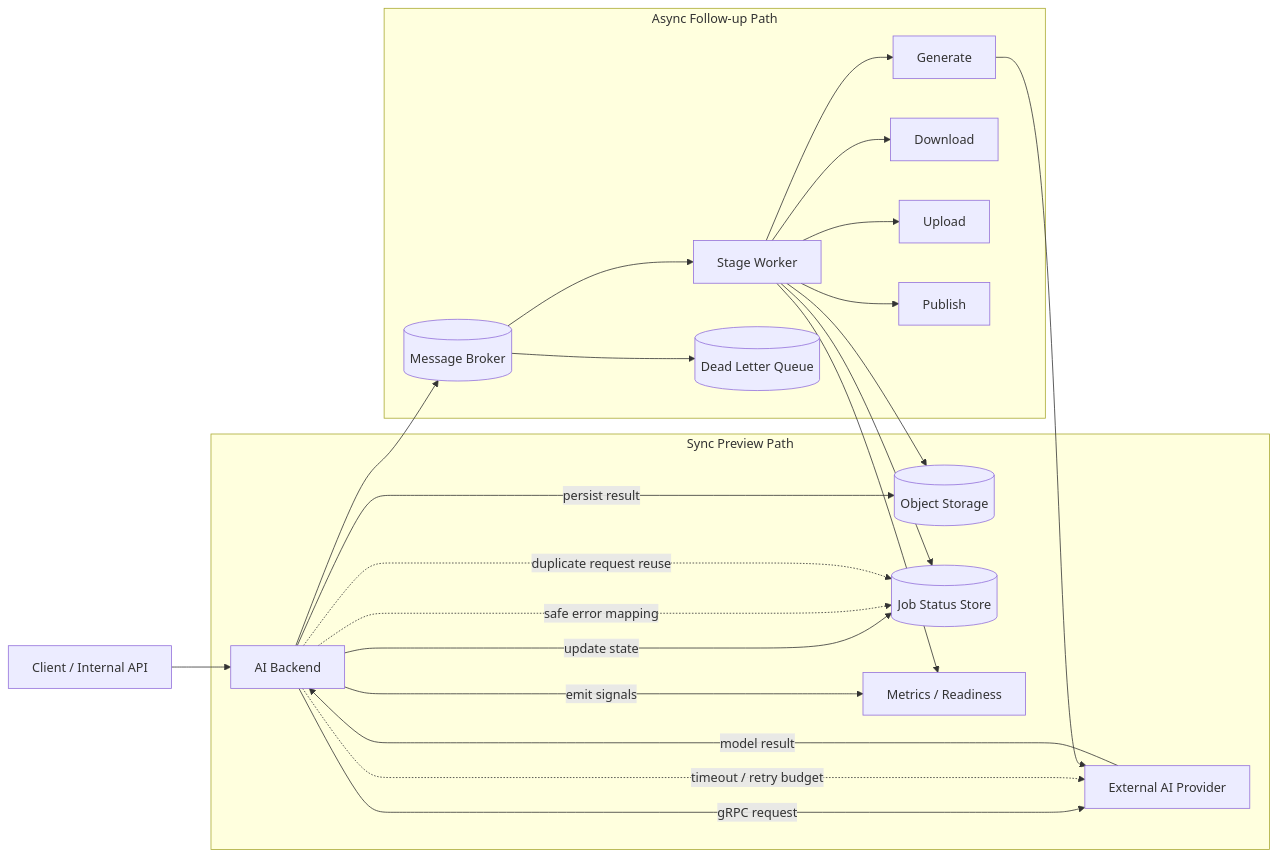
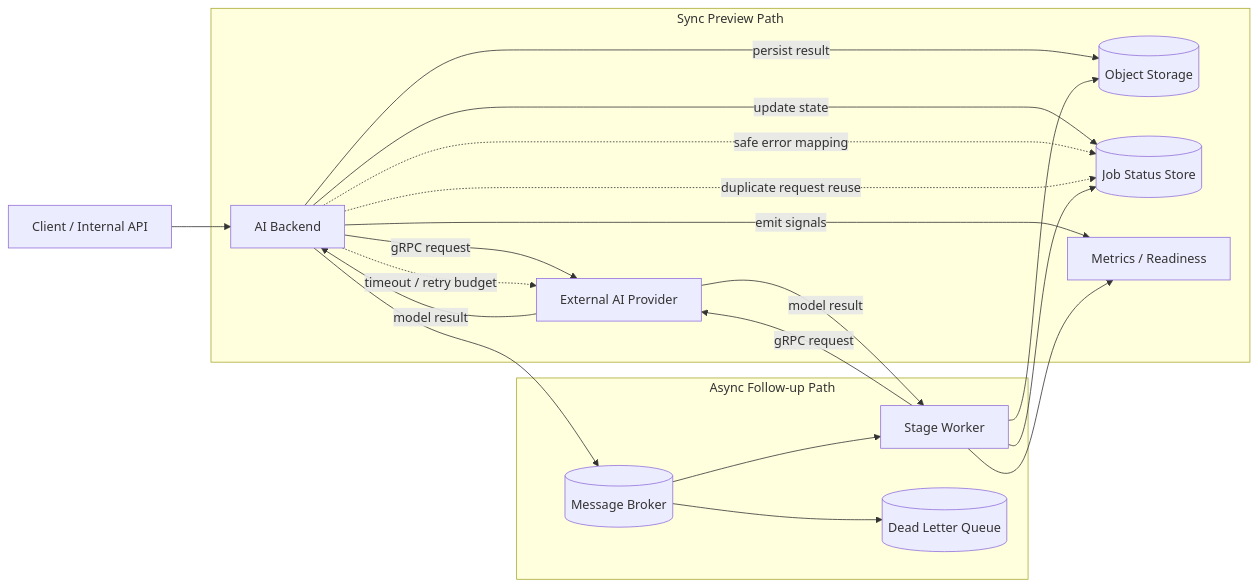
Before and after one commit to bang9ming9/bang9ming9: the diagram in projects/external-ai-model-call-backend-stabilization.md, drawn with Mermaid.

Commit message:
clarify ai backend flow ownership

````diff
--- a/projects/external-ai-model-call-backend-stabilization.md
+++ b/projects/external-ai-model-call-backend-stabilization.md
@@ -100,30 +100,27 @@
 ```mermaid
 flowchart LR
     Client[Client / Internal API] --> API[AI Backend]
 
     subgraph Sync[Sync Preview Path]
         API -->|gRPC request| Provider[External AI Provider]
         Provider -->|model result| API
         API -->|persist result| Storage[(Object Storage)]
         API -->|update state| Status[(Job Status Store)]
         API -->|emit signals| Obs[Metrics / Readiness]
         API -. timeout / retry budget .-> Provider
         API -. safe error mapping .-> Status
         API -. duplicate request reuse .-> Status
     end
 
     subgraph Async[Async Follow-up Path]
         Broker[(Message Broker)] --> Worker[Stage Worker]
-        Worker --> G[Generate]
-        G --> Provider
-        Worker --> D[Download]
-        Worker --> U[Upload]
-        Worker --> P[Publish]
+        Worker -->|gRPC request| Provider[External AI Provider]
+        Provider -->|model result| Worker
         Worker --> Storage
         Worker --> Status
         Worker --> Obs[Metrics / Readiness]
         Broker --> DLQ[(Dead Letter Queue)]
     end
 
     API --> Broker
 ```
````
